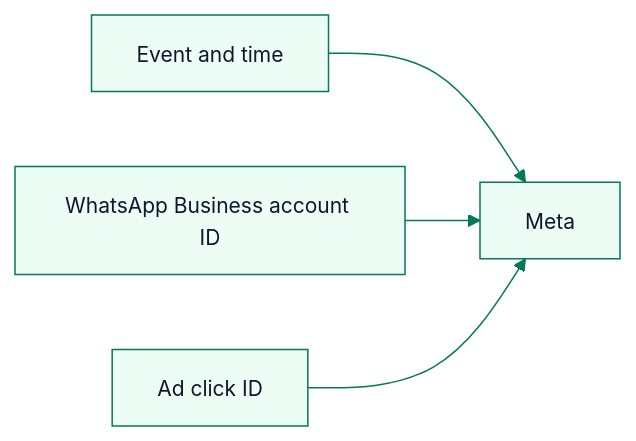
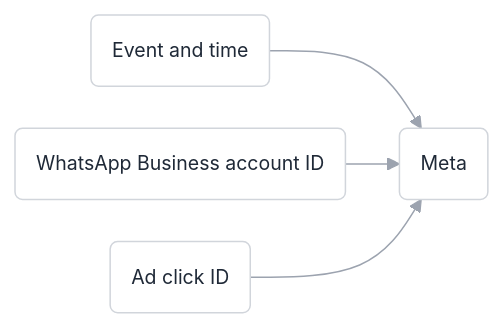
Before and after one commit to BharathVasireddy/marro-docs: the diagram in guides/click-to-whatsapp-ads.mdx, drawn with Mermaid. The commit also changed 95 other files, not shown here.

First line of the commit message:
One guide per settings screen, in the Settings menu's order, with diagrams only where they are needed

````diff
--- a/guides/click-to-whatsapp-ads.mdx
+++ b/guides/click-to-whatsapp-ads.mdx
@@ -53,7 +53,7 @@
 ```mermaid
-%%{init: {'theme':'base','themeVariables':{'primaryColor':'#ecfdf5','primaryBorderColor':'#047857','primaryTextColor':'#0f172a','lineColor':'#047857','fontSize':'14px'}}}%%
+%%{init: {'theme':'base','flowchart':{'curve':'basis','padding':14,'nodeSpacing':28,'rankSpacing':36},'themeVariables':{'primaryColor':'#ffffff','primaryBorderColor':'#d1d5db','primaryTextColor':'#1f2937','lineColor':'#9ca3af','fontFamily':'Inter, ui-sans-serif, sans-serif','fontSize':'13px','edgeLabelBackground':'#ffffff'}}}%%
 flowchart LR
-  A[Event and time] --> D[Meta]
-  B[WhatsApp Business account ID] --> D
-  C[Ad click ID] --> D
+  A(Event and time) --> D(Meta)
+  B(WhatsApp Business account ID) --> D
+  C(Ad click ID) --> D
 ```
````
